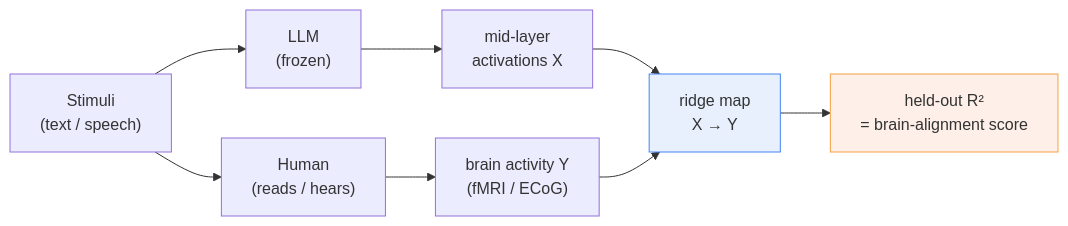
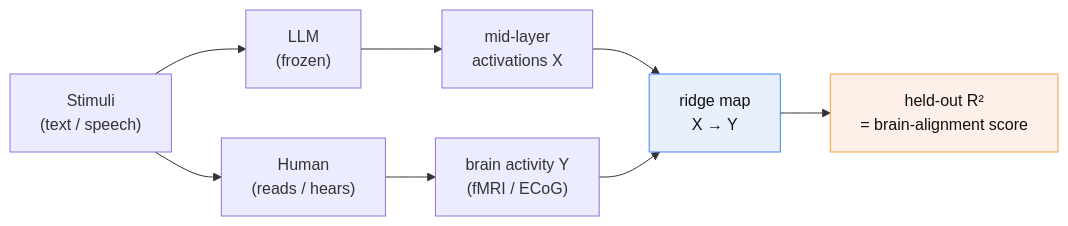
One commit to MohammadErfan-Jabbari/brain-alignment changed the first of 2 diagrams in docs/reports/R01_llm-brain-mapping.md. Above: the diagram before and after it, drawn with Mermaid. The commit also changed other lines of this file, not shown here.

First line of the commit message:
docs(reports): fix R01 Mermaid node contrast in dark themes

````diff
--- a/docs/reports/R01_llm-brain-mapping.md
+++ b/docs/reports/R01_llm-brain-mapping.md
@@ -22,12 +33,12 @@
 ```mermaid
 flowchart LR
     S["Stimuli<br/>(text / speech)"] --> L["LLM<br/>(frozen)"]
     S --> H["Human<br/>(reads / hears)"]
     L --> A["mid-layer<br/>activations X"]
     H --> B["brain activity Y<br/>(fMRI / ECoG)"]
     A --> R["ridge map<br/>X → Y"]
     B --> R
     R --> Sc["held-out R²<br/>= brain-alignment score"]
-    style R fill:#e8f0fe,stroke:#4285f4
-    style Sc fill:#fef0e8,stroke:#f4a142
+    style R fill:#e8f0fe,stroke:#4285f4,color:#111
+    style Sc fill:#fef0e8,stroke:#f4a142,color:#111
 ```
````
